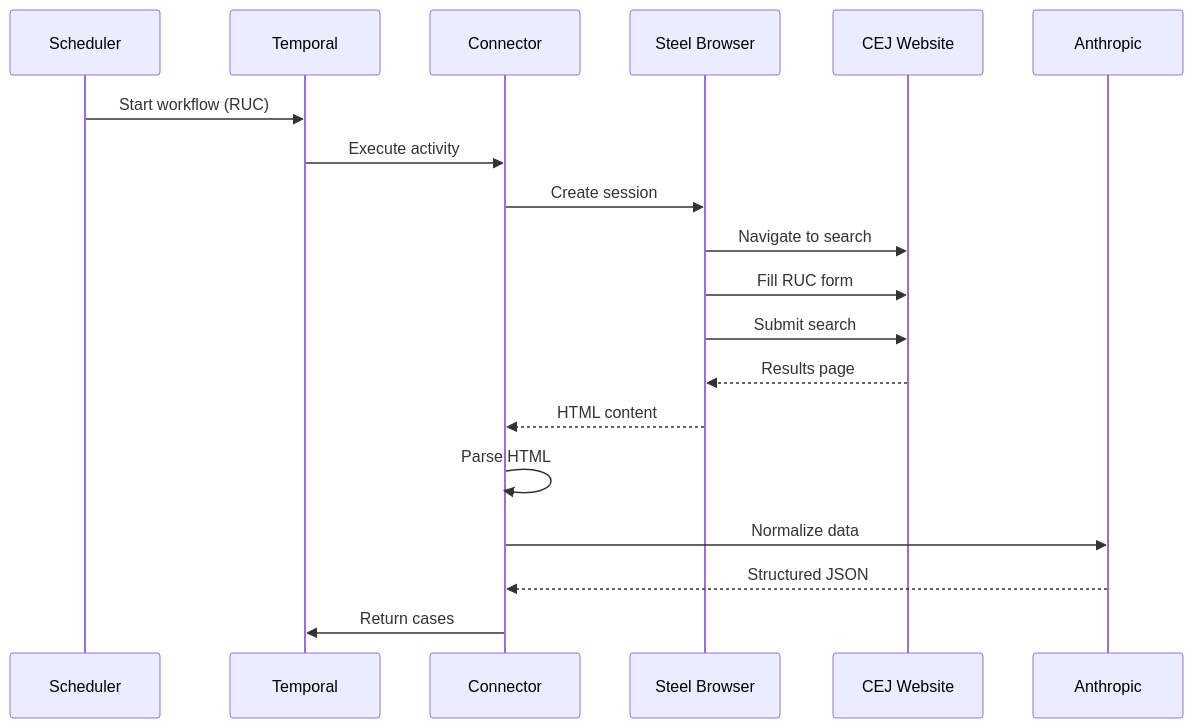
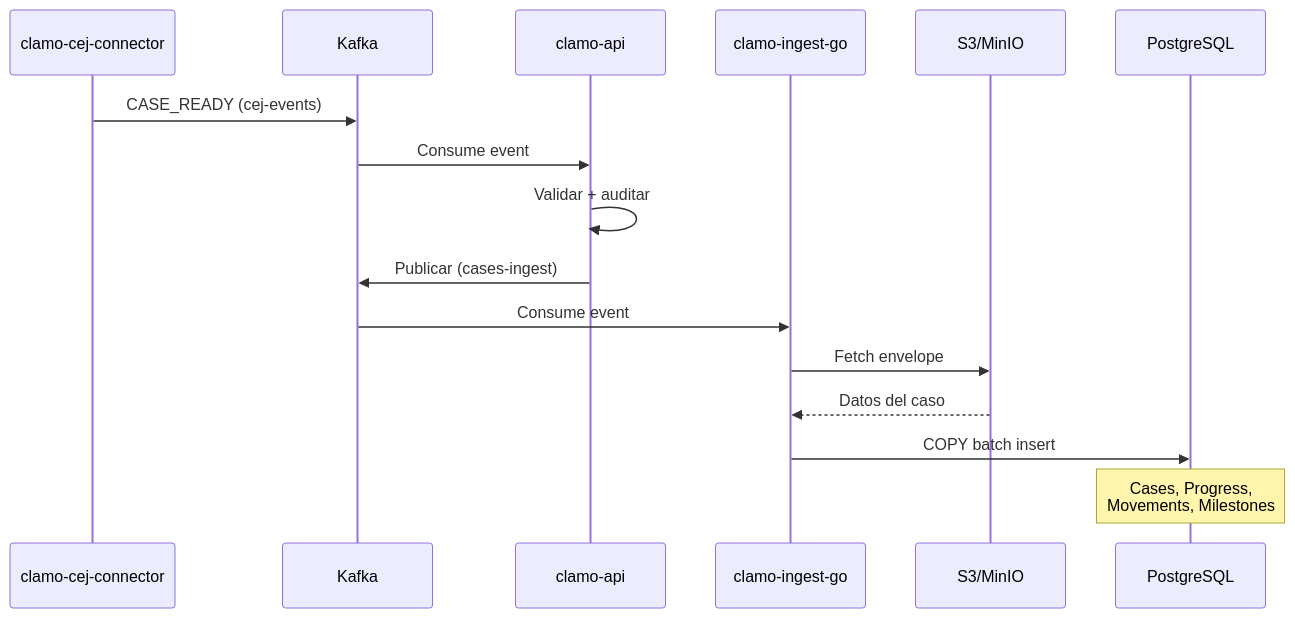
Before and after one commit to GetClamo/docs: the third of 4 diagrams in es/arquitectura/pipeline-datos.mdx, drawn with Mermaid. The commit also changed other lines of this file and 33 other files, not shown here.

````diff
--- a/es/arquitectura/pipeline-datos.mdx
+++ b/es/arquitectura/pipeline-datos.mdx
@@ -70,22 +132,19 @@
 ```mermaid
 sequenceDiagram
-    participant S as Scheduler
-    participant T as Temporal
-    participant C as Connector
-    participant Steel as Steel Browser
-    participant CEJ as CEJ Website
-    participant LLM as Anthropic
-
-    S->>T: Start workflow (RUC)
-    T->>C: Execute activity
-    C->>Steel: Create session
-    Steel->>CEJ: Navigate to search
-    Steel->>CEJ: Fill RUC form
-    Steel->>CEJ: Submit search
-    CEJ-->>Steel: Results page
-    Steel-->>C: HTML content
-    C->>C: Parse HTML
-    C->>LLM: Normalize data
-    LLM-->>C: Structured JSON
-    C->>T: Return cases
+    participant CEJ as clamo-cej-connector
+    participant Kafka as Kafka
+    participant API as clamo-api
+    participant Ingest as clamo-ingest-go
+    participant S3 as S3/MinIO
+    participant DB as PostgreSQL
+    
+    CEJ->>Kafka: CASE_READY (cej-events)
+    Kafka->>API: Consume event
+    API->>API: Validar + auditar
+    API->>Kafka: Publicar (cases-ingest)
+    Kafka->>Ingest: Consume event
+    Ingest->>S3: Fetch envelope
+    S3-->>Ingest: Datos del caso
+    Ingest->>DB: COPY batch insert
+    Note over DB: Cases, Progress,<br/>Movements, Milestones
 ```
````
